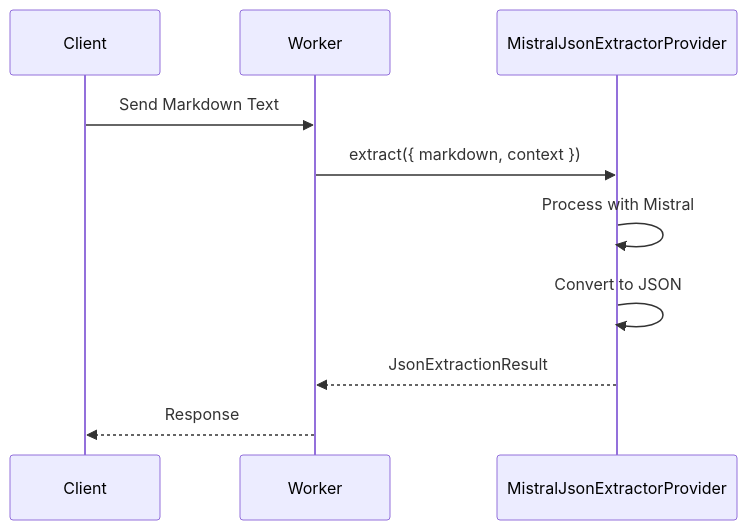
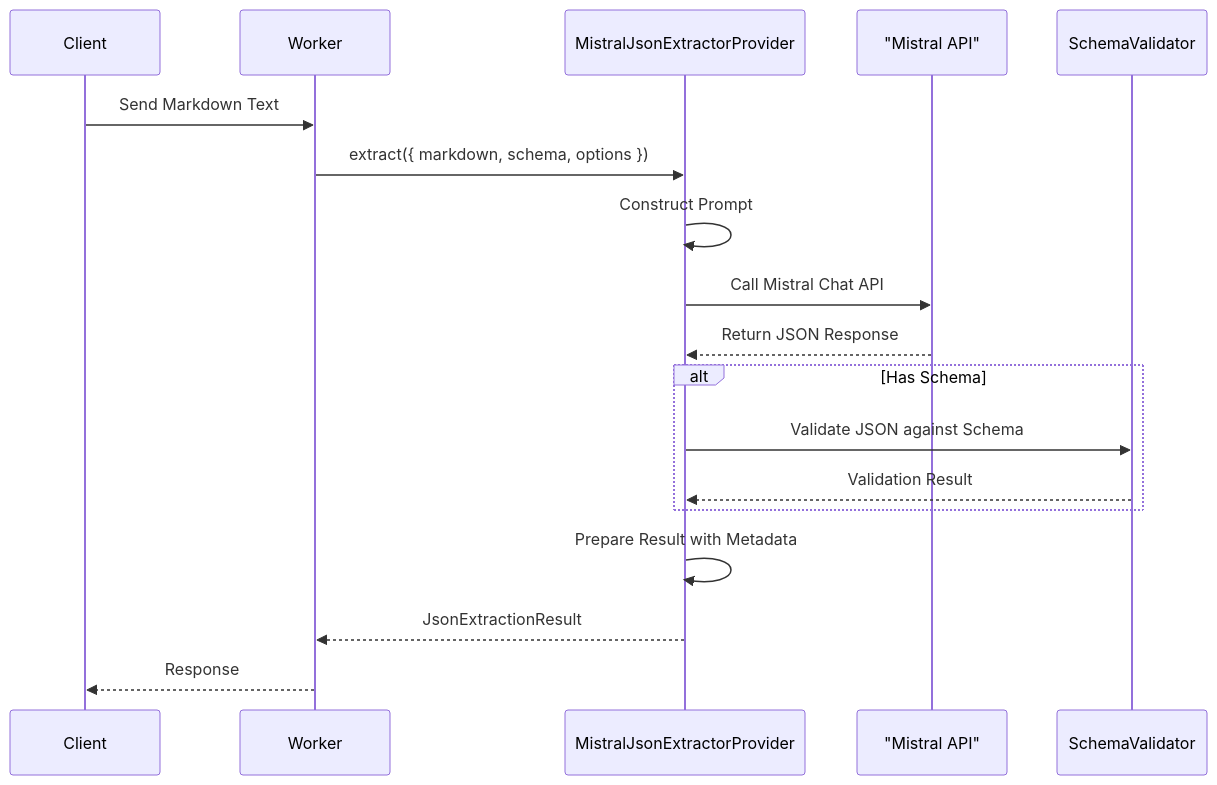
One commit to o2alexanderfedin/OCRChecksServer-demo changed the second of 2 diagrams in docs/json-extraction.md. Above: the diagram before and after it, drawn with Mermaid. The commit also changed other lines of this file, not shown here.

Commit message:
docs: enhance JSON extraction design document with detailed implementation, examples, and advanced features

````diff
--- a/docs/json-extraction.md
+++ b/docs/json-extraction.md
@@ -103,13 +258,23 @@
 ```mermaid
 sequenceDiagram
     participant Client
     participant Worker
     participant MistralJsonExtractorProvider
+    participant MistralAPI as "Mistral API"
+    participant SchemaValidator
 
     Client->>Worker: Send Markdown Text
-    Worker->>MistralJsonExtractorProvider: extract({ markdown, context })
-    MistralJsonExtractorProvider->>MistralJsonExtractorProvider: Process with Mistral
-    MistralJsonExtractorProvider->>MistralJsonExtractorProvider: Convert to JSON
+    Worker->>MistralJsonExtractorProvider: extract({ markdown, schema, options })
+    MistralJsonExtractorProvider->>MistralJsonExtractorProvider: Construct Prompt
+    MistralJsonExtractorProvider->>MistralAPI: Call Mistral Chat API
+    MistralAPI-->>MistralJsonExtractorProvider: Return JSON Response
+    
+    alt Has Schema
+        MistralJsonExtractorProvider->>SchemaValidator: Validate JSON against Schema
+        SchemaValidator-->>MistralJsonExtractorProvider: Validation Result
+    end
+    
+    MistralJsonExtractorProvider->>MistralJsonExtractorProvider: Prepare Result with Metadata
     MistralJsonExtractorProvider-->>Worker: JsonExtractionResult
     Worker-->>Client: Response
 ```
````
